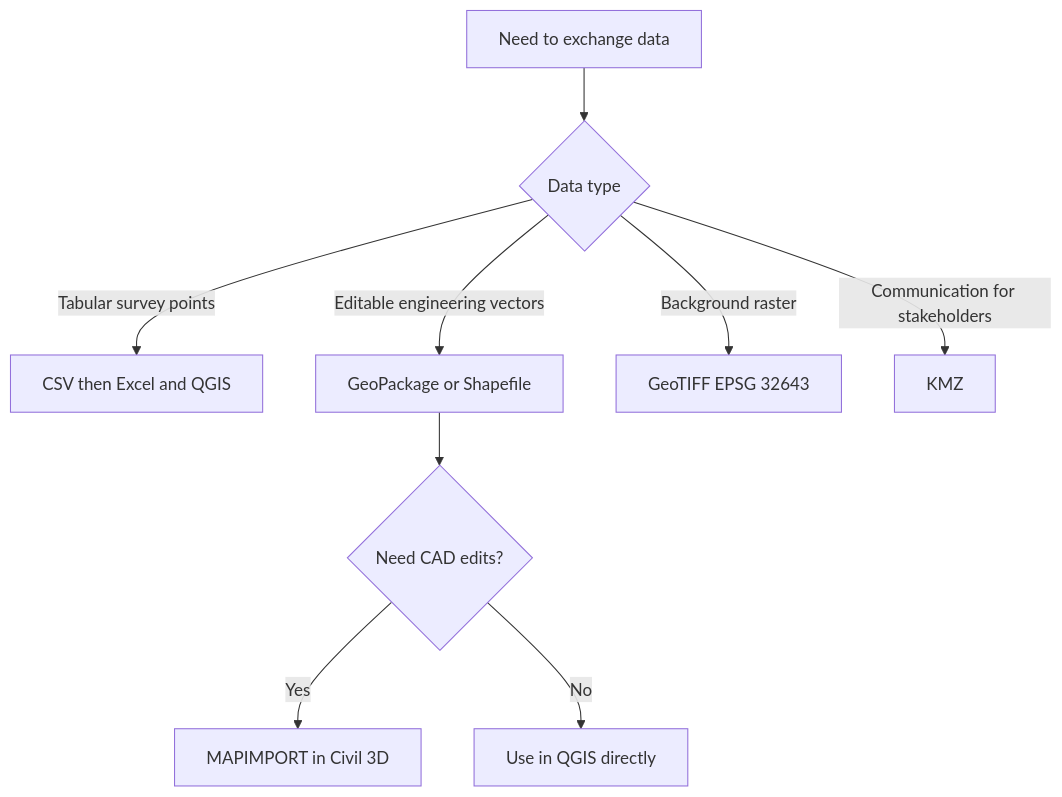
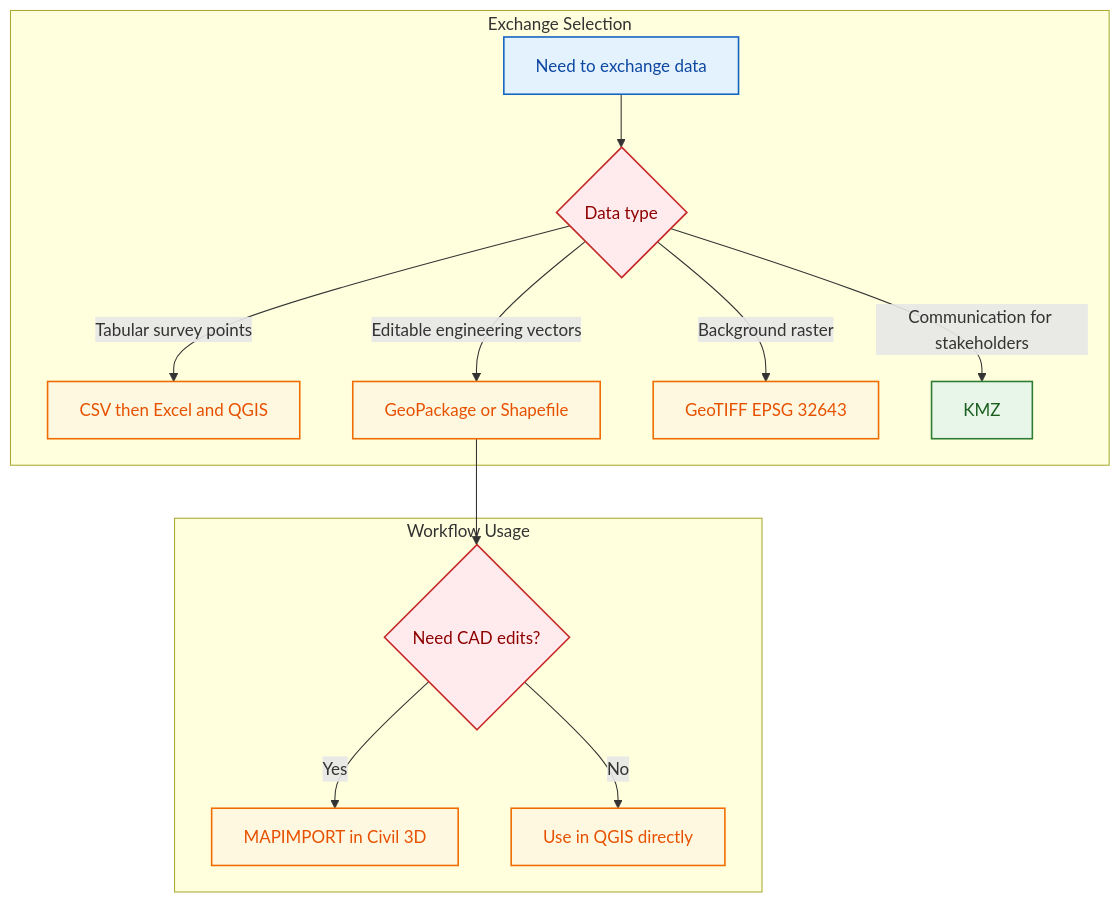
One commit to PrathamGitHub/Geo-CAD-Practical-Reference changed the second of 4 diagrams in docs/interoperability-workflow.md. Above: the diagram before and after it, drawn with Mermaid. The commit also changed other lines of this file and 7 other files, not shown here.

Commit message:
Enhance documentation with updated flowcharts and class definitions for improved clarity and usability across AutoCAD Civil 3D, Excel 365, Google Earth Pro, OneDrive, and QGIS workflows.

````diff
--- a/docs/interoperability-workflow.md
+++ b/docs/interoperability-workflow.md
@@ -56,12 +75,26 @@
 ```mermaid
 flowchart TD
-    A[Need to exchange data] --> B{Data type}
-    B -->|Tabular survey points| C[CSV then Excel and QGIS]
-    B -->|Editable engineering vectors| D[GeoPackage or Shapefile]
-    B -->|Background raster| E[GeoTIFF EPSG 32643]
-    B -->|Communication for stakeholders| F[KMZ]
+    subgraph Select[Exchange Selection]
+        A[Need to exchange data] --> B{Data type}
+        B -->|Tabular survey points| C[CSV then Excel and QGIS]
+        B -->|Editable engineering vectors| D[GeoPackage or Shapefile]
+        B -->|Background raster| E[GeoTIFF EPSG 32643]
+        B -->|Communication for stakeholders| F[KMZ]
+    end
 
-    D --> G{Need CAD edits?}
-    G -->|Yes| H[MAPIMPORT in Civil 3D]
-    G -->|No| I[Use in QGIS directly]
+    subgraph Use[Workflow Usage]
+        D --> G{Need CAD edits?}
+        G -->|Yes| H[MAPIMPORT in Civil 3D]
+        G -->|No| I[Use in QGIS directly]
+    end
+
+    classDef input fill:#e3f2fd,stroke:#1565c0,stroke-width:1.5px,color:#0d47a1;
+    classDef process fill:#fff8e1,stroke:#ef6c00,stroke-width:1.5px,color:#e65100;
+    classDef decision fill:#ffebee,stroke:#c62828,stroke-width:1.5px,color:#8e0000;
+    classDef output fill:#e8f5e9,stroke:#2e7d32,stroke-width:1.5px,color:#1b5e20;
+
+    class A input;
+    class B,G decision;
+    class C,D,E,H,I process;
+    class F output;
 ```
````
